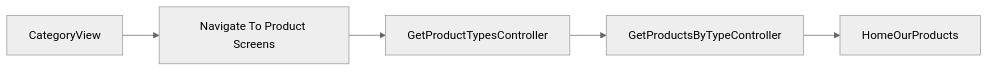
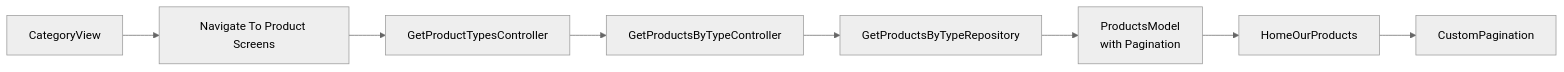
One commit to Ariful3111/FurniGo changed the eighth of 11 diagrams in .qoder/repowiki/en/content/Core Features/E-commerce Platform/Product Catalog Management.md. Above: the diagram before and after it, drawn with Mermaid (neutral theme). The commit also changed other lines of this file and 8 other files, not shown here.

````diff
--- a/.qoder/repowiki/en/content/Core Features/E-commerce Platform/Product Catalog Management.md
+++ b/.qoder/repowiki/en/content/Core Features/E-commerce Platform/Product Catalog Management.md
@@ -292,7 +380,10 @@
 ```mermaid
 graph LR
 CAT["CategoryView"] --> NAV["Navigate To Product Screens"]
 NAV --> TYPES["GetProductTypesController"]
 TYPES --> BYTYPE["GetProductsByTypeController"]
-BYTYPE --> GRID["HomeOurProducts"]
+BYTYPE --> REPO["GetProductsByTypeRepository"]
+REPO --> MODEL["ProductsModel<br/>with Pagination"]
+MODEL --> GRID["HomeOurProducts"]
+GRID --> PAGINATION["CustomPagination"]
 ```
````
